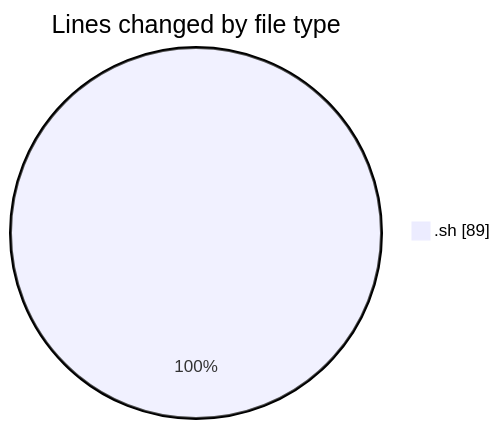
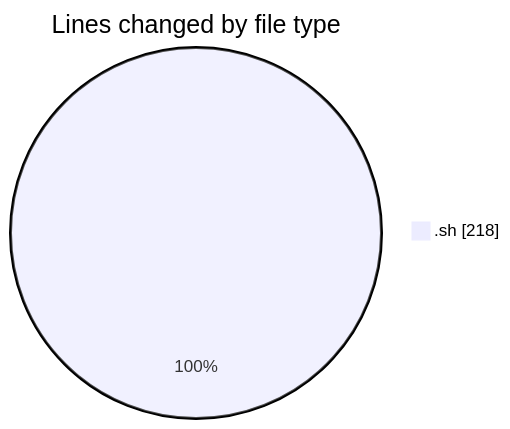
One commit to ricardozamudiocil/code-tracking changed the first of 2 diagrams in 2026-03-30/scripts/README.md. Above: the diagram before and after it, drawn with Mermaid. The commit also changed other lines of this file and 1 other file, not shown here.

````diff
--- a/2026-03-30/scripts/README.md
+++ b/2026-03-30/scripts/README.md
@@ -21,5 +22,5 @@
 ```mermaid
 pie showData
 title Lines changed by file type
-".sh" : 89
+".sh" : 218
 ```
````
